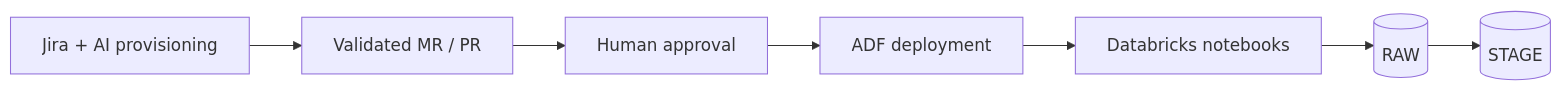
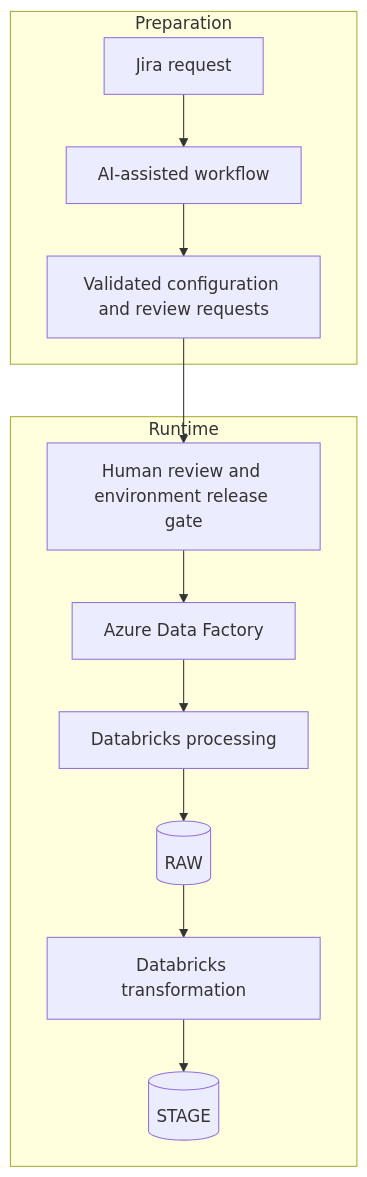
Before and after one commit to dorovladcodex/ai-data-integration-platform: the diagram in docs/architecture.md, drawn with Mermaid. The commit also changed other lines of this file and 6 other files, not shown here.

First line of the commit message:
Complete the AI-assisted integration architecture case study

````diff
--- a/docs/architecture.md
+++ b/docs/architecture.md
@@ -26,9 +24,15 @@
 ```mermaid
-flowchart LR
-    J["Jira + AI provisioning"] --> M["Validated MR / PR"]
-    M --> H["Human approval"]
-    H --> D["ADF deployment"]
-    D --> N["Databricks notebooks"]
-    N --> R[("RAW")]
-    R --> S[("STAGE")]
+flowchart TB
+    subgraph P["Preparation"]
+        J["Jira request"] --> W["AI-assisted workflow"]
+        W --> C["Validated configuration and review requests"]
+    end
+    C --> G["Human review and environment release gate"]
+    subgraph E["Runtime"]
+        G --> A["Azure Data Factory"]
+        A --> N["Databricks processing"]
+        N --> R[("RAW")]
+        R --> S["Databricks transformation"]
+        S --> T[("STAGE")]
+    end
 ```
````
